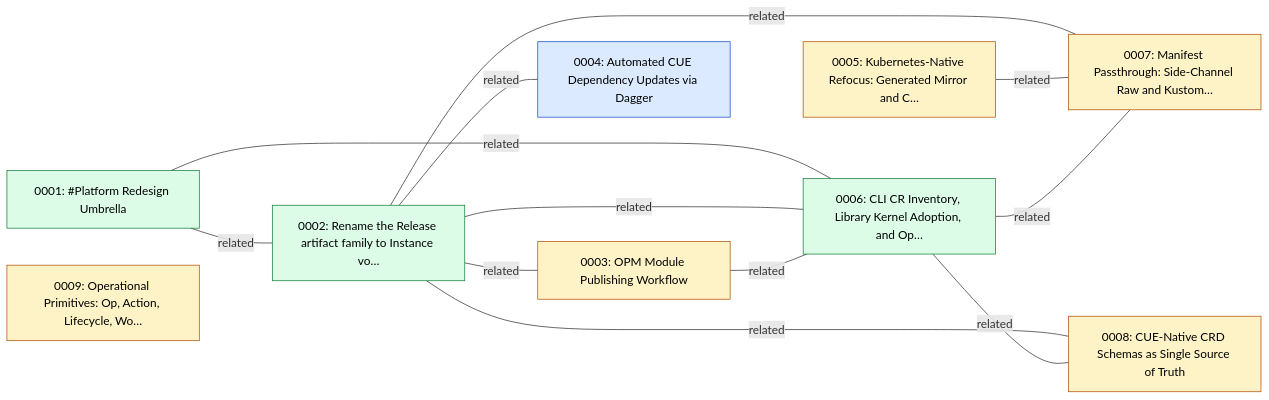
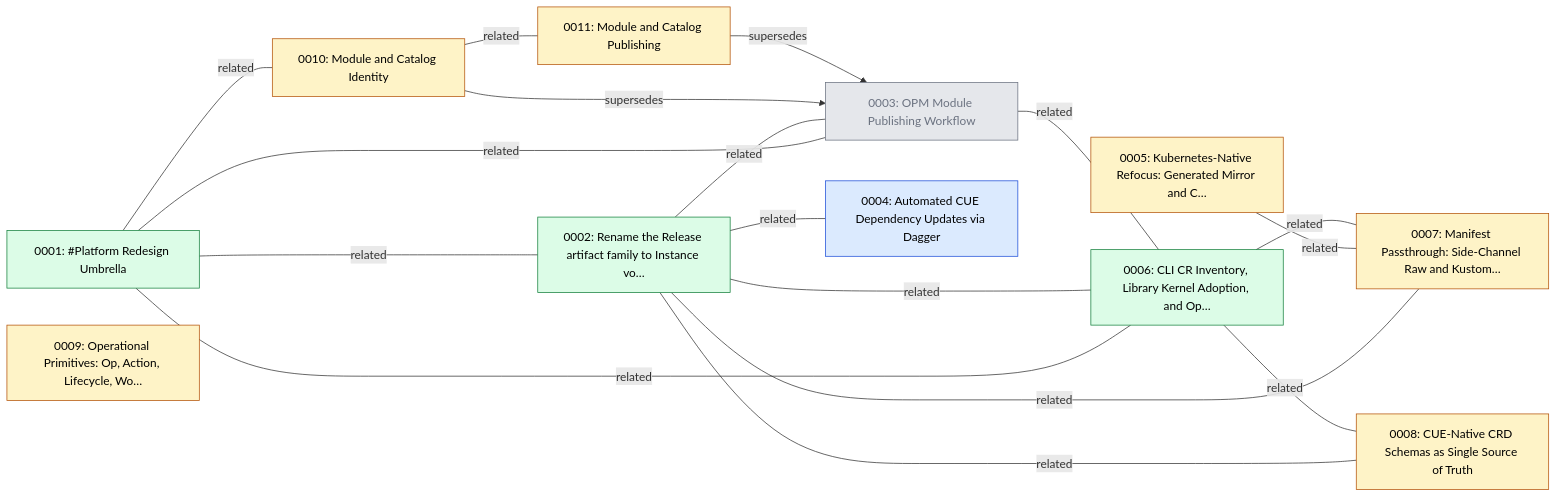
One commit to open-platform-model/enhancements changed the first of 2 diagrams in GRAPH.md. Above: the diagram before and after it, drawn with Mermaid. The commit also changed 155 other files, not shown here.

Commit message:
docs(enhancements): split 0003 into 0010 identity and 0011 publishing

````diff
--- a/GRAPH.md
+++ b/GRAPH.md
@@ -5,30 +5,37 @@
 ```mermaid
 graph LR
   classDef draft       fill:#fef3c7,stroke:#b45309,color:#000
   classDef accepted    fill:#dbeafe,stroke:#1d4ed8,color:#000
   classDef implemented fill:#dcfce7,stroke:#15803d,color:#000
   classDef superseded  fill:#e5e7eb,stroke:#6b7280,color:#6b7280
   classDef legacy      fill:#fafafa,stroke:#9ca3af,color:#6b7280,stroke-dasharray:3 3
 
   N0001["0001: #Platform Redesign Umbrella"]:::implemented
   N0002["0002: Rename the Release artifact family to Instance vo…"]:::implemented
-  N0003["0003: OPM Module Publishing Workflow"]:::draft
+  N0003["0003: OPM Module Publishing Workflow"]:::superseded
   N0004["0004: Automated CUE Dependency Updates via Dagger"]:::accepted
   N0005["0005: Kubernetes-Native Refocus: Generated Mirror and C…"]:::draft
   N0006["0006: CLI CR Inventory, Library Kernel Adoption, and Op…"]:::implemented
   N0007["0007: Manifest Passthrough: Side-Channel Raw and Kustom…"]:::draft
   N0008["0008: CUE-Native CRD Schemas as Single Source of Truth"]:::draft
   N0009["0009: Operational Primitives: Op, Action, Lifecycle, Wo…"]:::draft
+  N0010["0010: Module and Catalog Identity"]:::draft
+  N0011["0011: Module and Catalog Publishing"]:::draft
 
   N0001 ---|related| N0002
+  N0001 ---|related| N0003
   N0001 ---|related| N0006
+  N0001 ---|related| N0010
   N0002 ---|related| N0003
   N0002 ---|related| N0004
   N0002 ---|related| N0006
   N0002 ---|related| N0007
   N0002 ---|related| N0008
   N0003 ---|related| N0006
   N0005 ---|related| N0007
   N0006 ---|related| N0007
   N0006 ---|related| N0008
+  N0010 ---|related| N0011
+  N0010 -->|supersedes| N0003
+  N0011 -->|supersedes| N0003
 ```
````
